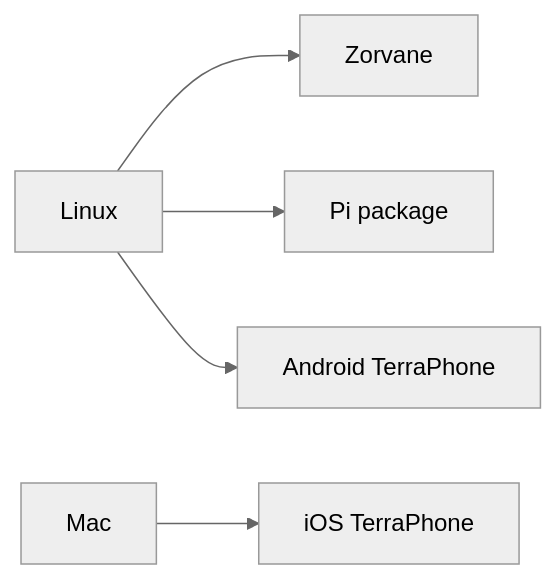
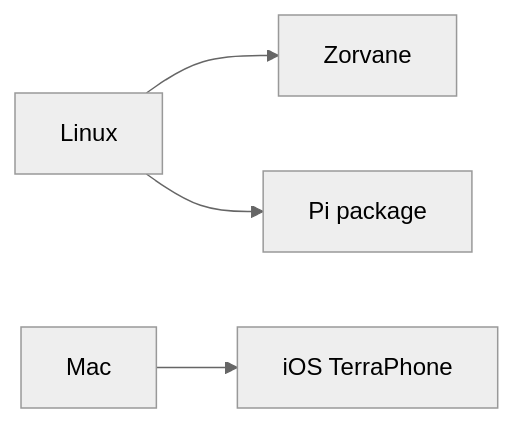
One commit to Super-Yojan/Terra changed the diagram in docs/DEVELOP-WITHOUT-MAC.md. Above: the diagram before and after it, drawn with Mermaid (neutral theme). The commit also changed other lines of this file and 71 other files, not shown here.

````diff
--- a/docs/DEVELOP-WITHOUT-MAC.md
+++ b/docs/DEVELOP-WITHOUT-MAC.md
@@ -14,7 +13,6 @@
 ```mermaid
 flowchart LR
   Linux[Linux] --> Z[Zorvane]
   Linux --> Pi[Pi package]
   Mac[Mac] --> Phone[iOS TerraPhone]
-  Linux --> Android[Android TerraPhone]
 ```
````
